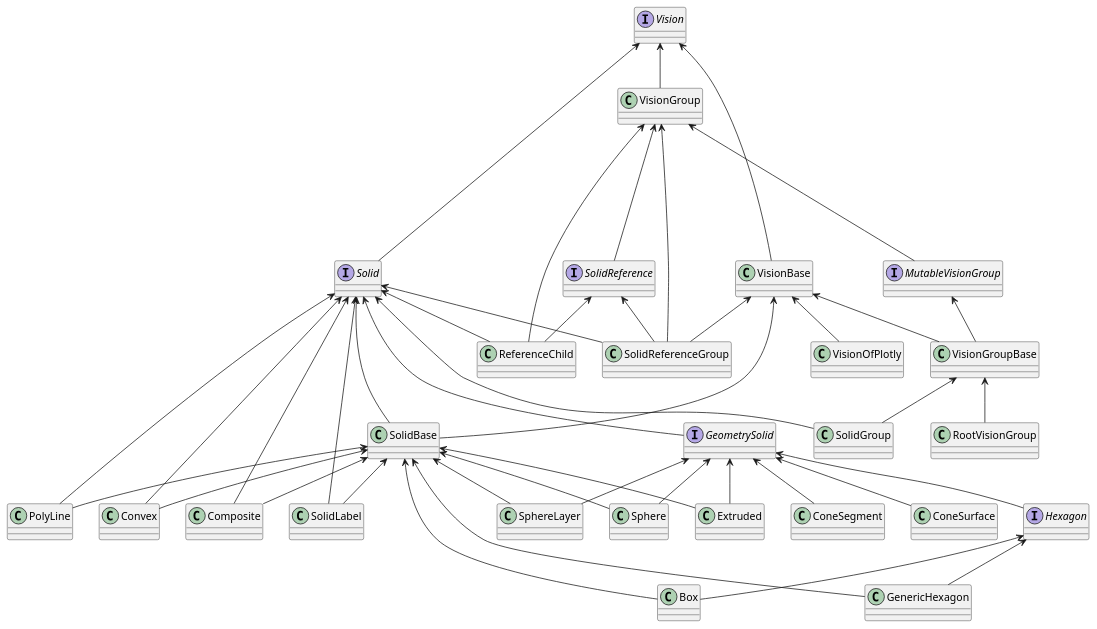
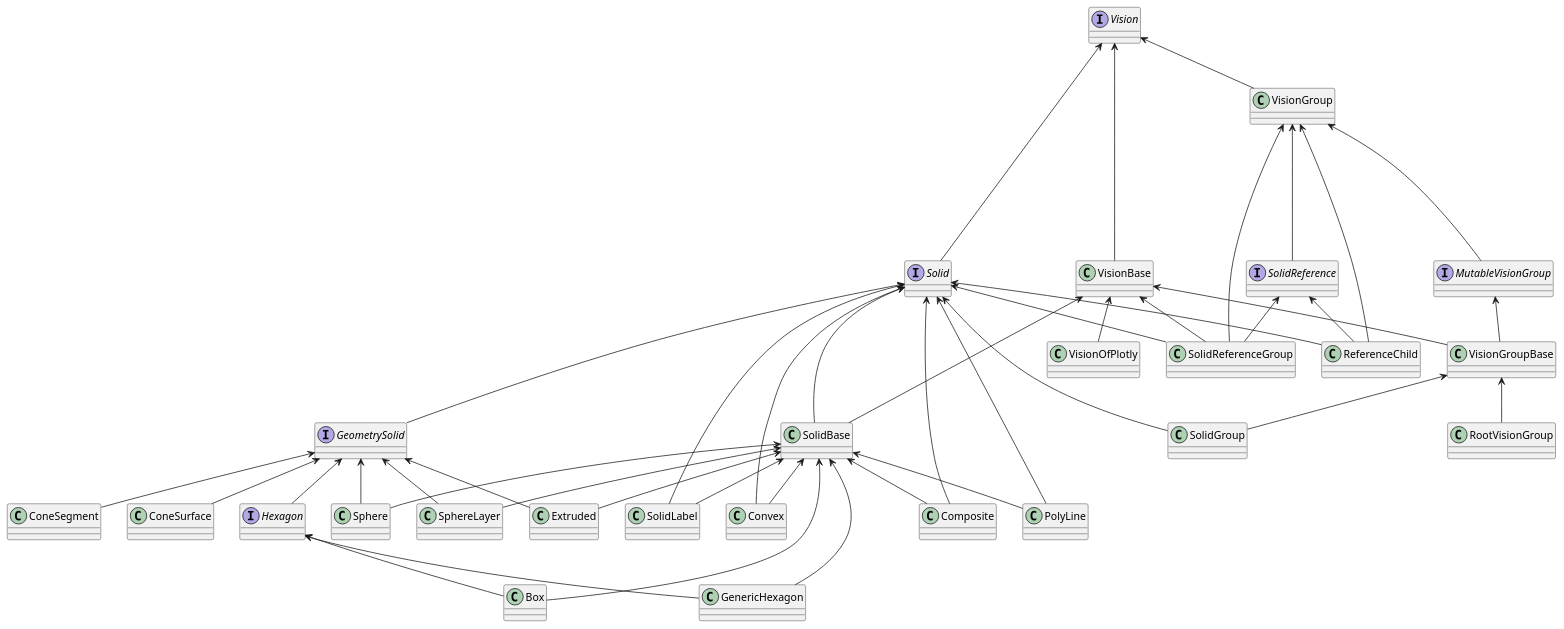
The diagram in docs/uml/Vision.puml (SciProgCentre/visionforge), drawn with PlantUML before and after one commit.

Commit message:
Duplicated in scheme hierarchy

```diff
--- a/docs/uml/Vision.puml
+++ b/docs/uml/Vision.puml
@@ -1,106 +1,106 @@
 @startuml
 'https://plantuml.com/class-diagram
 interface Vision
 
 interface Solid
-Vision <-- Solid
+Vision <- Solid
 
 class VisionGroup
 Vision <-- VisionGroup
 
 class VisionBase
-Vision <-- VisionBase
+Vision <- VisionBase
 
 
 class SolidLabel
 Solid <--- SolidLabel
 SolidBase <-- SolidLabel
 
 class SolidGroup
 Solid <--- SolidGroup
 VisionGroupBase <-- SolidGroup
 
 class SolidBase
 Solid <--- SolidBase
 VisionBase <-- SolidBase
 
 
 class SphereLayer
 SolidBase <-- SphereLayer
 GeometrySolid <-- SphereLayer
 
 class Sphere
 SolidBase <-- Sphere
 GeometrySolid <-- Sphere
 
 class Box
 SolidBase <-- Box
 Hexagon <-- Box
 
 class GenericHexagon
 SolidBase <-- GenericHexagon
 Hexagon <-- GenericHexagon
 
 class Extruded
 SolidBase <-- Extruded
 GeometrySolid <-- Extruded
 
 
 class PolyLine
 Solid <--- PolyLine
 SolidBase <-- PolyLine
 
 interface GeometrySolid
 Solid <--- GeometrySolid
 
 
 interface Hexagon
 GeometrySolid <-- Hexagon
 
 class ConeSegment
 GeometrySolid <-- ConeSegment
 
 class ConeSurface
 GeometrySolid <-- ConeSurface
 
 
 class Convex
 Solid <--- Convex
 SolidBase <-- Convex
 
 class Composite
 Solid <--- Composite
 SolidBase <-- Composite
 
 
 interface SolidReference
 VisionGroup <---- SolidReference
 
 interface MutableVisionGroup
 VisionGroup <---- MutableVisionGroup
 
 class SolidReferenceGroup
 VisionGroup <-- SolidReferenceGroup
 Solid <-- SolidReferenceGroup
 VisionBase <-- SolidReferenceGroup
 SolidReference <-- SolidReferenceGroup
 
 class ReferenceChild
 VisionGroup <-- ReferenceChild
 Solid <-- ReferenceChild
 SolidReference <-- ReferenceChild
 
 
 class VisionGroupBase
 VisionBase <-- VisionGroupBase
 MutableVisionGroup <-- VisionGroupBase
 
 
 
 class RootVisionGroup
 VisionGroupBase <-- RootVisionGroup
 
 
 class VisionOfPlotly
 VisionBase <-- VisionOfPlotly
 @enduml
```
